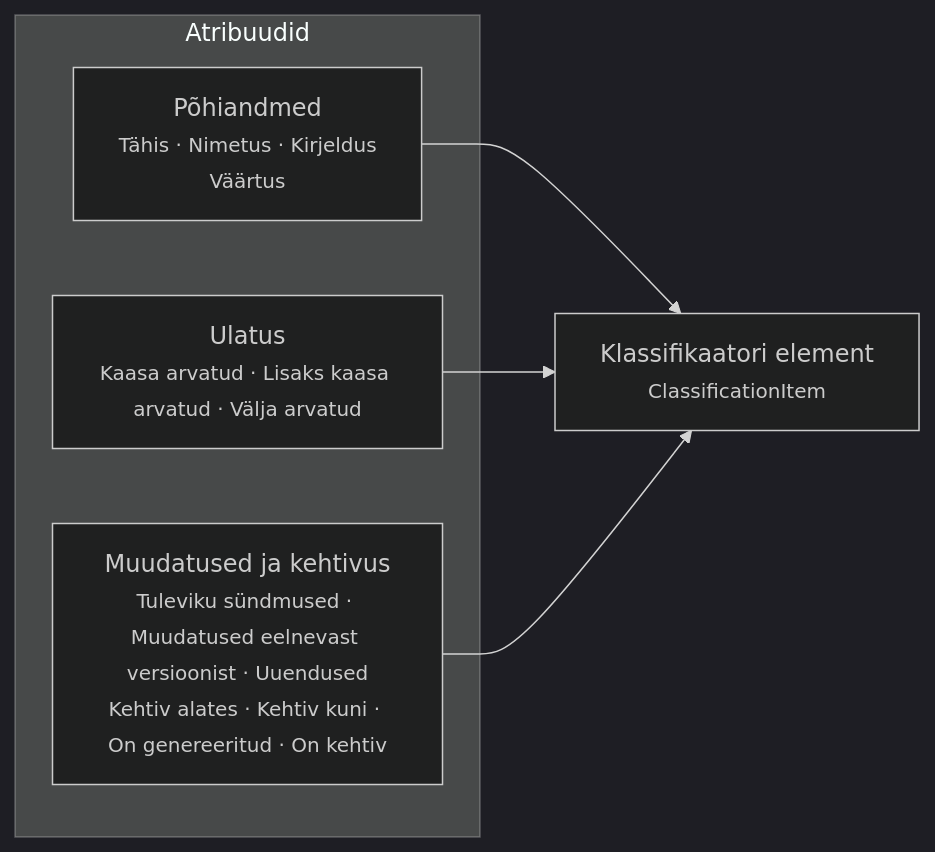
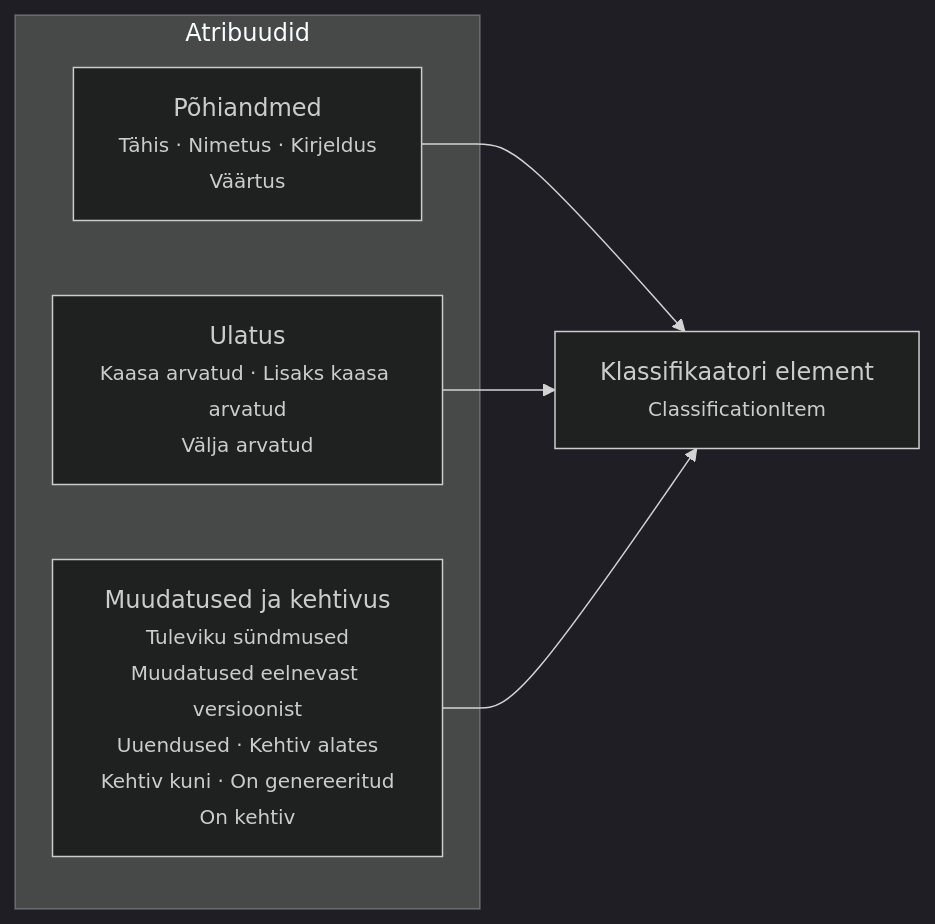
Before and after one commit to e-gov/Klassifikaatorite-ja-Koodiloendite-Standard: the sixth of 6 diagrams in docs/klassifikaator/atribuudid.md, drawn with Mermaid (dark theme).

Commit message:
parandus

````diff
--- a/docs/klassifikaator/atribuudid.md
+++ b/docs/klassifikaator/atribuudid.md
@@ -265,17 +265,17 @@
 ```mermaid
 flowchart LR
 
 subgraph ATTR["Atribuudid"]
   BASIC["Põhiandmed<br/><small>Tähis · Nimetus · Kirjeldus<br/>Väärtus</small>"]
 
-  SCOPE["Ulatus<br/><small>Kaasa arvatud · Lisaks kaasa arvatud · Välja arvatud</small>"]
+  SCOPE["Ulatus<br/><small>Kaasa arvatud · Lisaks kaasa arvatud<br/>Välja arvatud</small>"]
 
-  VALID["Muudatused ja kehtivus<br/><small>Tuleviku sündmused · Muudatused eelnevast versioonist · Uuendused<br/>Kehtiv alates · Kehtiv kuni · On genereeritud · On kehtiv</small>"]
+  VALID["Muudatused ja kehtivus<br/><small>Tuleviku sündmused<br/>Muudatused eelnevast versioonist<br/>Uuendused · Kehtiv alates<br/>Kehtiv kuni · On genereeritud<br/>On kehtiv</small>"]
 end
 
 IT["Klassifikaatori element<br/><small>ClassificationItem</small>"]
 
 BASIC --> IT
 SCOPE --> IT
 VALID --> IT
 ```
````
